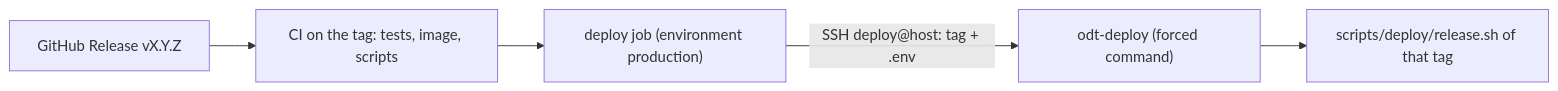
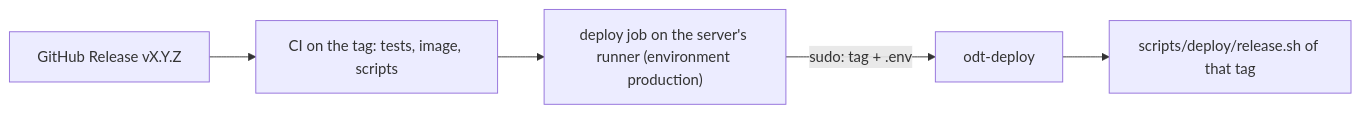
One commit to jotazet/OtwarteDaneTransportowe-backend changed the second of 2 diagrams in docs/deployment.md. Above: the diagram before and after it, drawn with Mermaid. The commit also changed other lines of this file and 7 other files, not shown here.

First line of the commit message:
ci(deploy): run the deploy job on a runner on the production server

````diff
--- a/docs/deployment.md
+++ b/docs/deployment.md
@@ -858,7 +858,7 @@
 ```mermaid
 flowchart LR
   rel["GitHub Release vX.Y.Z"] --> ci["CI on the tag: tests, image, scripts"]
-  ci --> job["deploy job (environment production)"]
-  job -->|"SSH deploy@host: tag + .env"| od["odt-deploy (forced command)"]
+  ci --> job["deploy job on the server's runner (environment production)"]
+  job -->|"sudo: tag + .env"| od["odt-deploy"]
   od --> rs["scripts/deploy/release.sh of that tag"]
 ```
````
